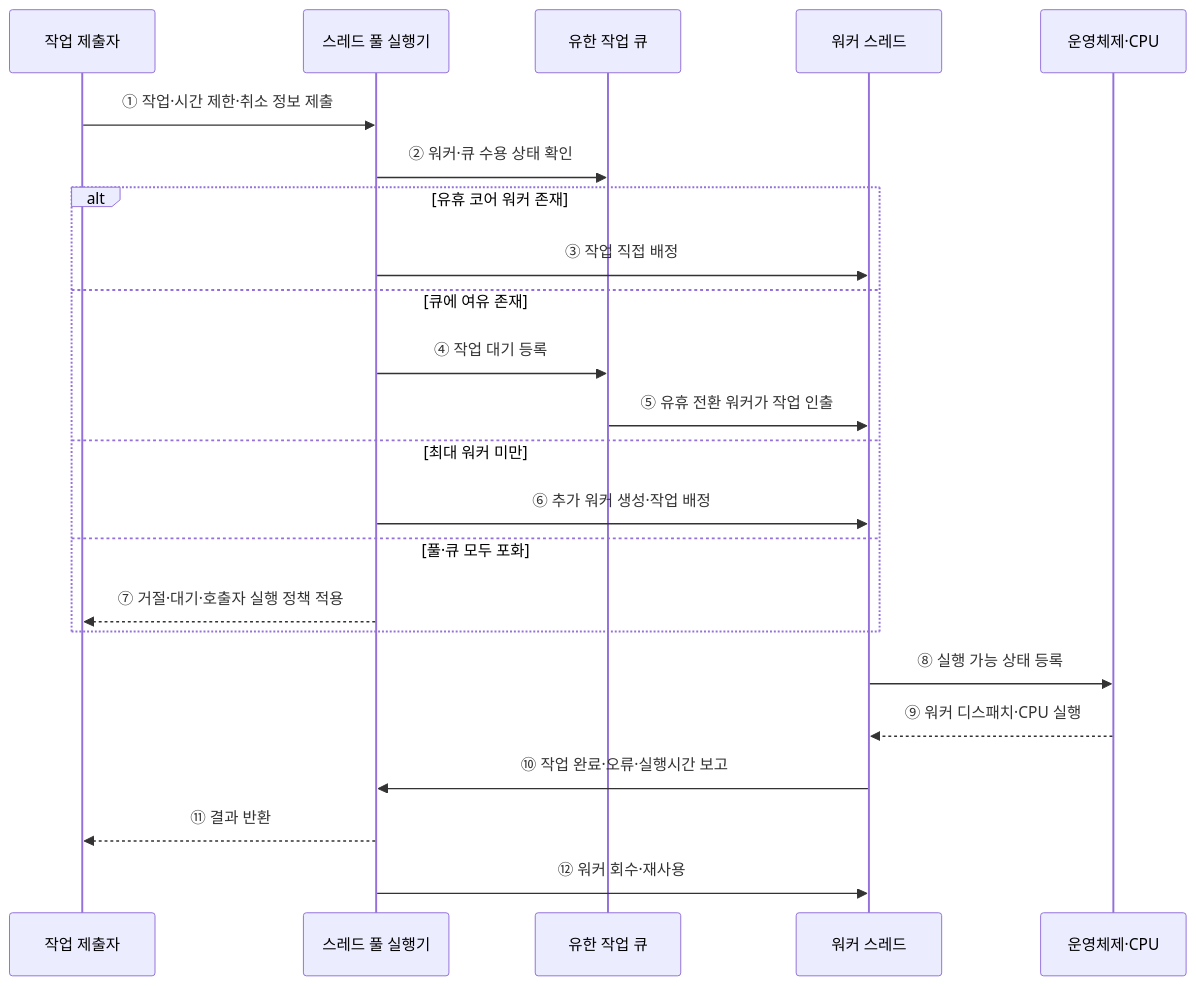
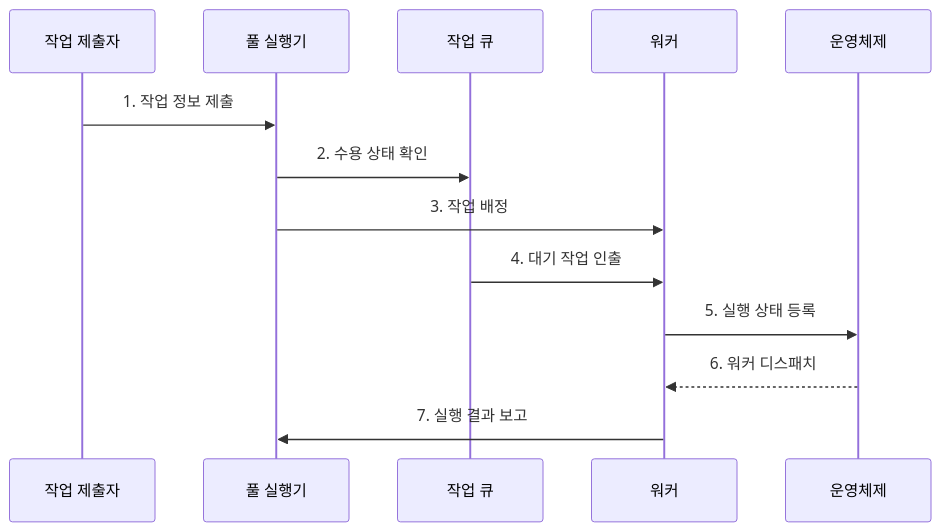
Before and after one commit to agnusdei1207/knowledge-base: the second of 2 diagrams in src/content/docs/notes/03-software/008_thread_pool.md, drawn with Mermaid. The commit also changed other lines of this file and 20 other files, not shown here.

````diff
--- a/src/content/docs/notes/03-software/008_thread_pool.md
+++ b/src/content/docs/notes/03-software/008_thread_pool.md
@@ -89,26 +88,15 @@
 ```mermaid
 sequenceDiagram
     participant S as 작업 제출자
-    participant E as 스레드 풀 실행기
-    participant Q as 유한 작업 큐
-    participant W as 워커 스레드
-    participant C as 운영체제·CPU
-
-    S->>E: ① 작업·시간 제한·취소 정보 제출
-    E->>Q: ② 워커·큐 수용 상태 확인
-    alt 유휴 코어 워커 존재
-        E->>W: ③ 작업 직접 배정
-    else 큐에 여유 존재
-        E->>Q: ④ 작업 대기 등록
-        Q->>W: ⑤ 유휴 전환 워커가 작업 인출
-    else 최대 워커 미만
-        E->>W: ⑥ 추가 워커 생성·작업 배정
-    else 풀·큐 모두 포화
-        E-->>S: ⑦ 거절·대기·호출자 실행 정책 적용
-    end
-    W->>C: ⑧ 실행 가능 상태 등록
-    C-->>W: ⑨ 워커 디스패치·CPU 실행
-    W->>E: ⑩ 작업 완료·오류·실행시간 보고
-    E-->>S: ⑪ 결과 반환
-    E->>W: ⑫ 워커 회수·재사용
+    participant E as 풀 실행기
+    participant Q as 작업 큐
+    participant W as 워커
+    participant C as 운영체제
+    S->>E: 1. 작업 정보 제출
+    E->>Q: 2. 수용 상태 확인
+    E->>W: 3. 작업 배정
+    Q->>W: 4. 대기 작업 인출
+    W->>C: 5. 실행 상태 등록
+    C-->>W: 6. 워커 디스패치
+    W->>E: 7. 실행 결과 보고
 ```
````
